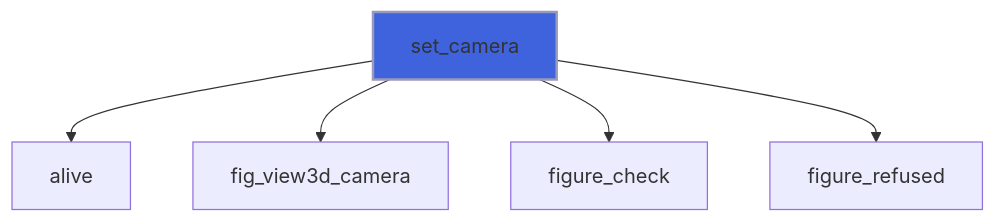
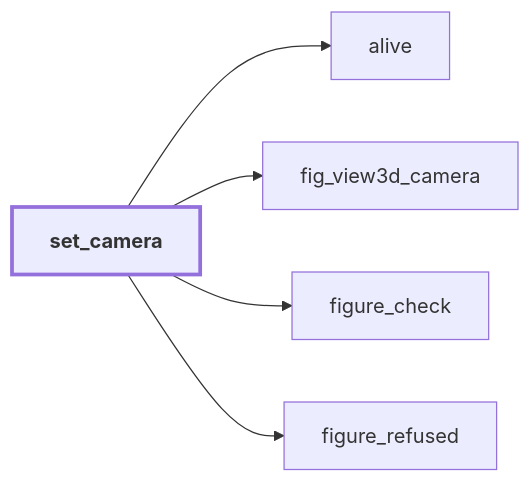
One commit to szaghi/figure changed the eighth of 39 diagrams in docs/api/src/lib/figure_view3d.md. Above: the diagram before and after it, drawn with Mermaid. The commit also changed other lines of this file and 54 other files, not shown here.

````diff
--- a/docs/api/src/lib/figure_view3d.md
+++ b/docs/api/src/lib/figure_view3d.md
@@ -409,8 +473,13 @@
 ```mermaid
-flowchart TD
+flowchart LR
   set_camera["set_camera"] --> alive["alive"]
   set_camera["set_camera"] --> fig_view3d_camera["fig_view3d_camera"]
   set_camera["set_camera"] --> figure_check["figure_check"]
   set_camera["set_camera"] --> figure_refused["figure_refused"]
-  style set_camera fill:#3e63dd,stroke:#99b,stroke-width:2px
+  classDef focus stroke-width:3px,font-weight:bold
+  class set_camera focus
+  click figure_refused href "figure_base.html#figure-refused" "figure_refused"
+  click alive href "#alive" "alive"
+  click figure_check href "figure_base.html#figure-check" "figure_check"
+  click fig_view3d_camera href "#fig-view3d-camera" "fig_view3d_camera"
 ```
````
